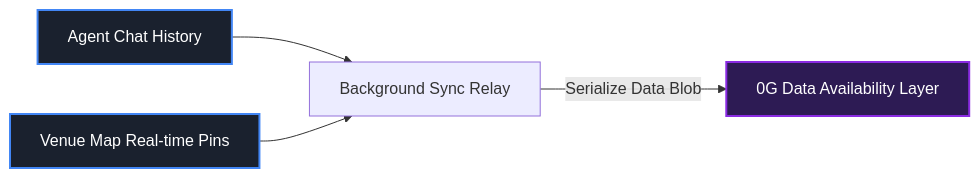
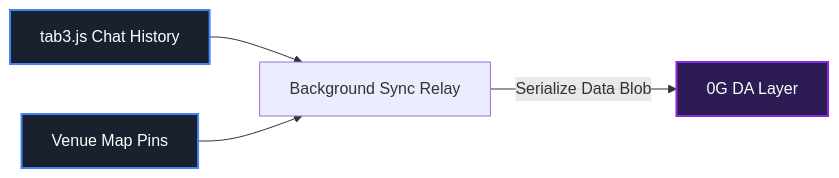
The fourth of 6 diagrams in README.md (EddOliver/Effisend0G), drawn with Mermaid before and after one commit. The commit also changed other lines of this file, not shown here.

````diff
--- a/README.md
+++ b/README.md
@@ -78,13 +94,13 @@
 ```mermaid
 flowchart LR
     classDef mobile fill:#1A212E,stroke:#4286f5,stroke-width:2px,color:#fff;
     classDef zeroG fill:#2d1b54,stroke:#8a2be2,stroke-width:2px,color:#fff;
     
-    Chat[Agent Chat History] --> Relay[Background Sync Relay]
-    Maps[Venue Map Real-time Pins] --> Relay
+    Chat[tab3.js Chat History] --> Relay[Background Sync Relay]
+    Maps[Venue Map Pins] --> Relay
     
-    Relay -->|Serialize Data Blob| 0G_DA[0G Data Availability Layer]
+    Relay -->|Serialize Data Blob| 0G_DA[0G DA Layer]
     
     class 0G_DA zeroG;
     class Chat,Maps mobile;
 ```
````
